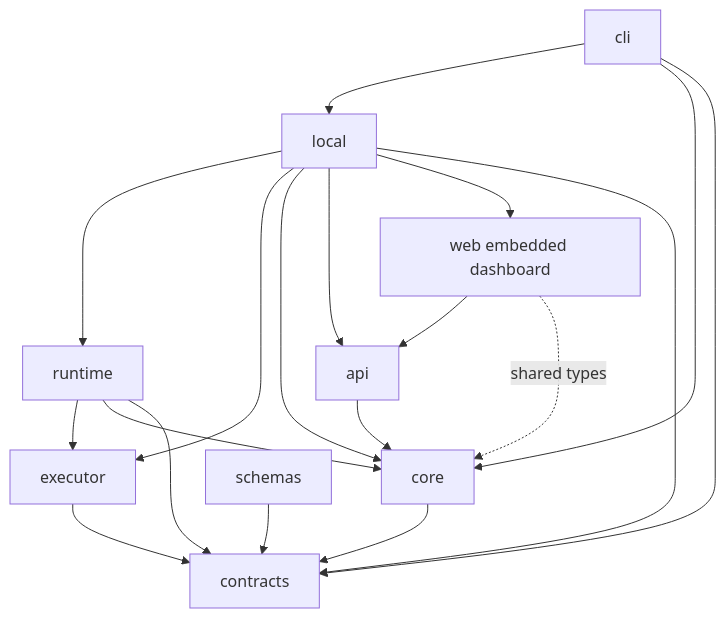
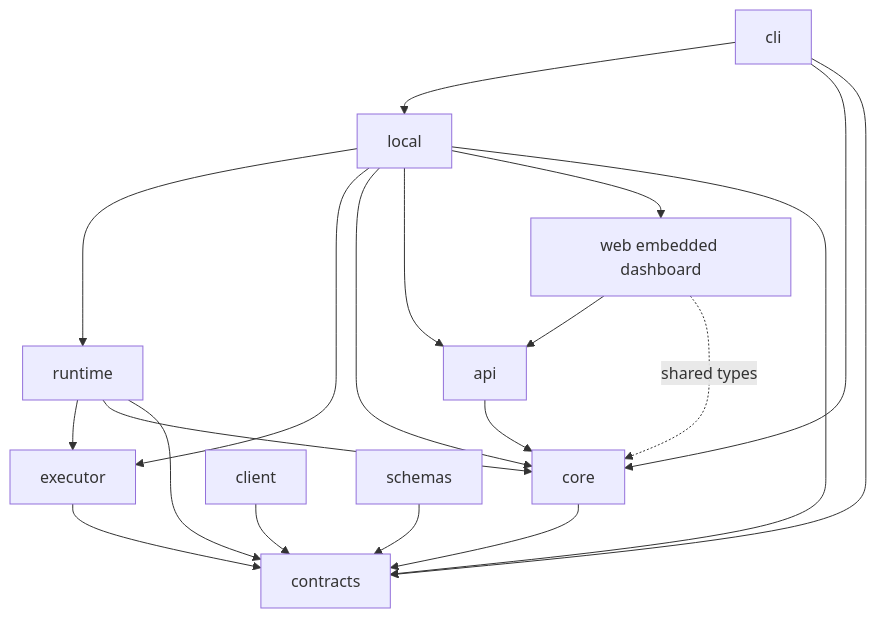
The first of 2 diagrams in docs/ARCHITECTURE.md (hatim-s/attest), drawn with Mermaid before and after one commit. The commit also changed other lines of this file and 37 other files, not shown here.

````diff
--- a/docs/ARCHITECTURE.md
+++ b/docs/ARCHITECTURE.md
@@ -5,21 +5,22 @@
 ```mermaid
 graph TD
   CLI[cli] --> Local[local]
   Local --> Runtime[runtime]
   Local --> Executor
   Local --> Core[core]
   Local --> Api[api]
   Api --> Core
   Web --> Api
   Local --> Web[web embedded dashboard]
   Runtime --> Executor[executor]
   Executor --> Contracts
+  Client[client] --> Contracts
   Runtime --> Core
   Core --> Contracts[contracts]
   Runtime --> Contracts
   Local --> Contracts
   CLI --> Core
   CLI --> Contracts
   Web -. shared types .-> Core
   Schemas[schemas] --> Contracts
 ```
````
